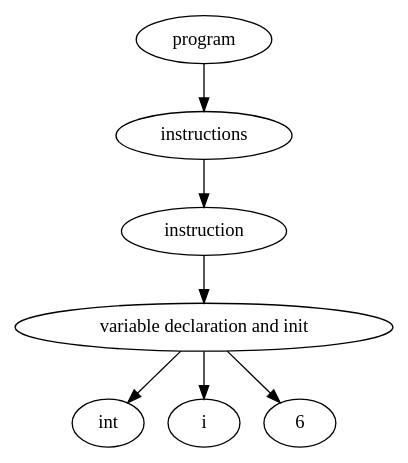
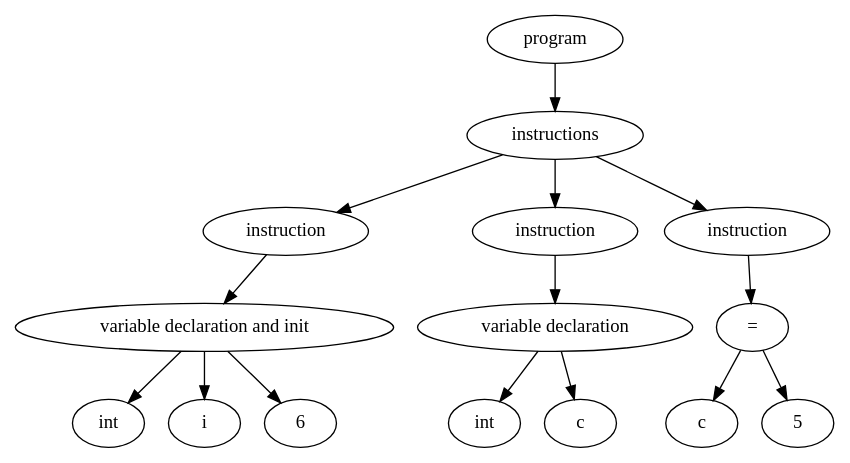
Before and after one commit to RobMandelings/CompilersProject: the diagram in output/ast.gv, drawn with Graphviz. The commit also changed 6 other files, not shown here.

```diff
--- a/output/ast.gv
+++ b/output/ast.gv
@@ -1,15 +1,31 @@
 digraph "Abstract Syntax Tree" {
-	139684880778408 [label=int]
-	139684880779192 -> 139684880778408
-	139684880779024 [label=i]
-	139684880779192 -> 139684880779024
-	139684880778520 [label=6]
-	139684880779192 -> 139684880778520
-	139684880779192 [label="variable declaration and init"]
-	139684880778016 -> 139684880779192
-	139684880778016 [label=instruction]
-	139684880778800 -> 139684880778016
-	139684880778800 [label=instructions]
-	139684880778968 -> 139684880778800
-	139684880778968 [label=program]
+	139746334230608 [label=int]
+	139746334230800 -> 139746334230608
+	139746334230896 [label=i]
+	139746334230800 -> 139746334230896
+	139746334231280 [label=6]
+	139746334230800 -> 139746334231280
+	139746334230800 [label="variable declaration and init"]
+	139746334231328 -> 139746334230800
+	139746334231328 [label=instruction]
+	139746334230848 -> 139746334231328
+	139746334232384 [label=int]
+	139746334232000 -> 139746334232384
+	139746334231808 [label=c]
+	139746334232000 -> 139746334231808
+	139746334232000 [label="variable declaration"]
+	139746334230512 -> 139746334232000
+	139746334230512 [label=instruction]
+	139746334230848 -> 139746334230512
+	139746334245600 [label=c]
+	139746334245072 -> 139746334245600
+	139746334245792 [label=5]
+	139746334245072 -> 139746334245792
+	139746334245072 [label="="]
+	139746334245408 -> 139746334245072
+	139746334245408 [label=instruction]
+	139746334230848 -> 139746334245408
+	139746334230848 [label=instructions]
+	139746334229456 -> 139746334230848
+	139746334229456 [label=program]
 }
```
